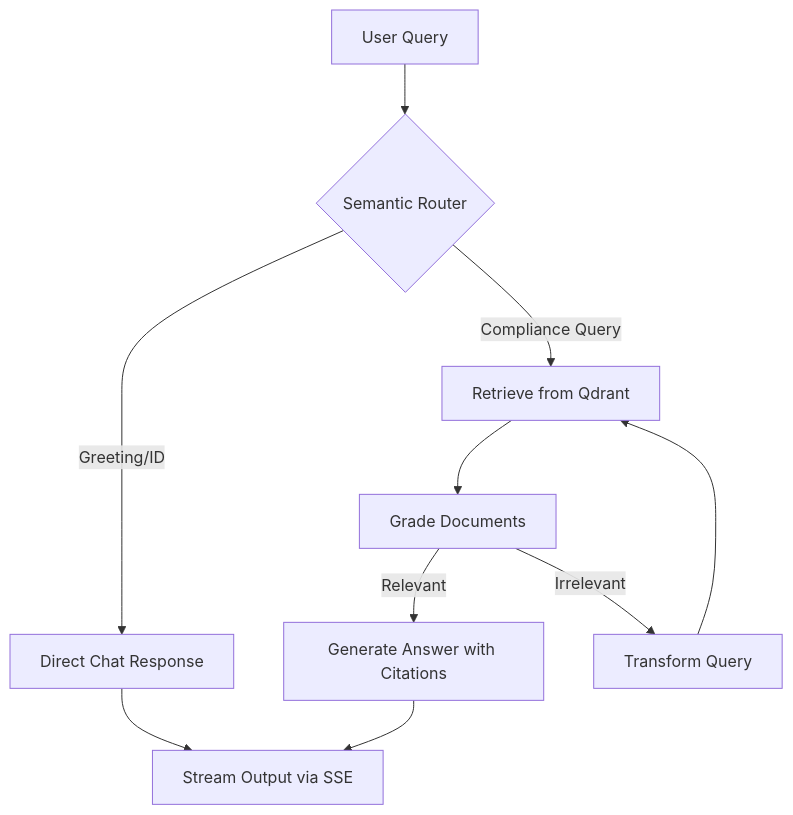
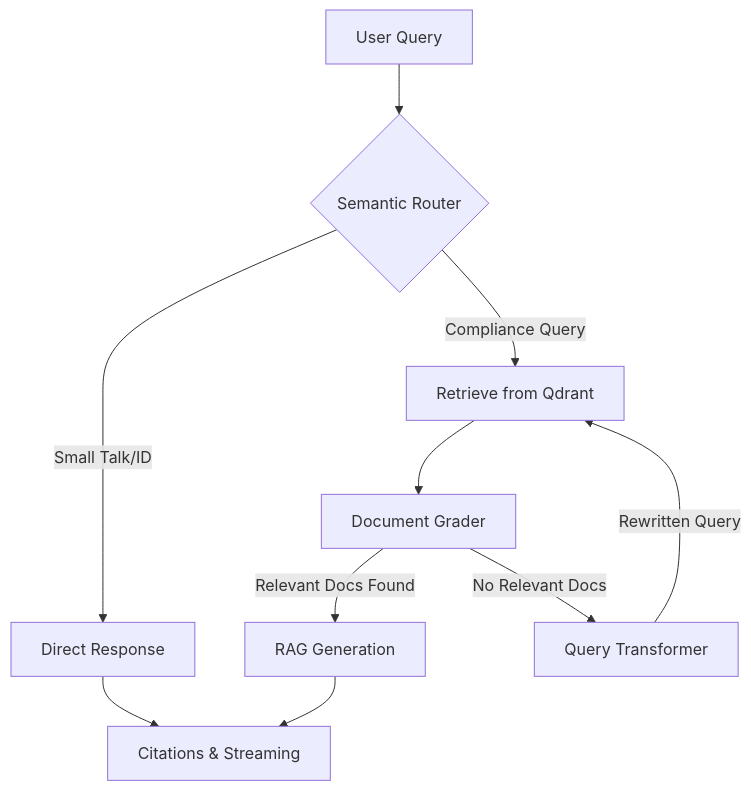
One commit to rockyglen/audit-ai-backend changed the diagram in README.md. Above: the diagram before and after it, drawn with Mermaid. The commit also changed other lines of this file, not shown here.

````diff
--- a/README.md
+++ b/README.md
@@ -15,12 +18,12 @@
 ```mermaid
 graph TD
     A[User Query] --> B{Semantic Router}
-    B -- Greeting/ID --> C[Direct Chat Response]
+    B -- Small Talk/ID --> C[Direct Response]
     B -- Compliance Query --> D[Retrieve from Qdrant]
-    D --> E[Grade Documents]
-    E -- Relevant --> F[Generate Answer with Citations]
-    E -- Irrelevant --> G[Transform Query]
-    G --> D
-    F --> H[Stream Output via SSE]
+    D --> E[Document Grader]
+    E -- Relevant Docs Found --> F[RAG Generation]
+    E -- No Relevant Docs --> G[Query Transformer]
+    G -- Rewritten Query --> D
+    F --> H[Citations & Streaming]
     C --> H
 ```
````
